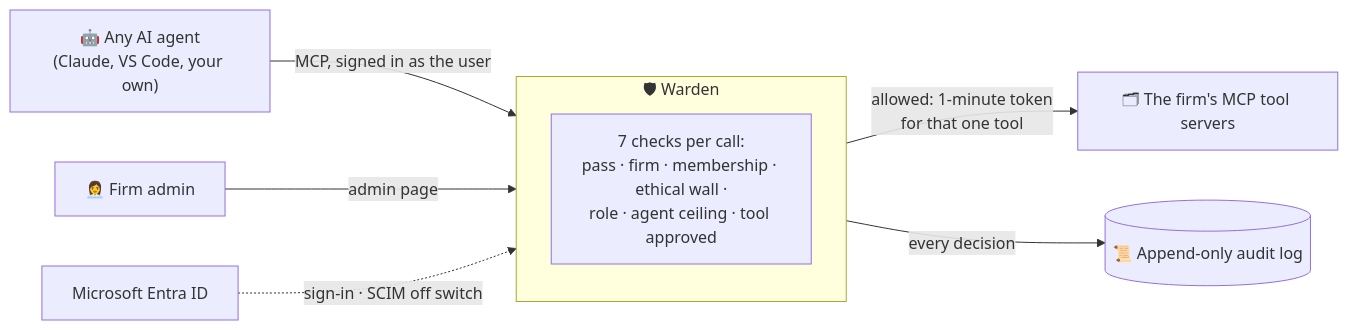
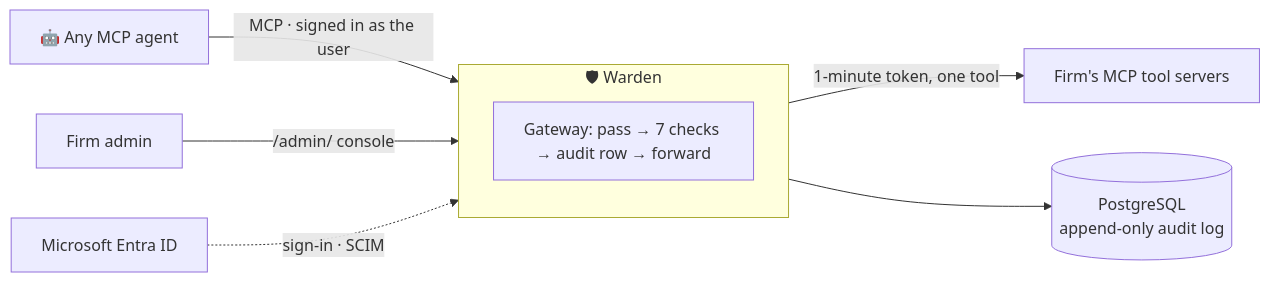
The first of 2 diagrams in warden/README.md (musishere/Warden-tickmark), drawn with Mermaid before and after one commit. The commit also changed other lines of this file and 63 other files, not shown here.

First line of the commit message:
Add favicon and update admin page structure

````diff
--- a/warden/README.md
+++ b/warden/README.md
@@ -36,12 +188,12 @@
 ```mermaid
 flowchart LR
-    A["🤖 Any AI agent<br/>(Claude, VS Code, your own)"] -->|"MCP, signed in as the user"| W
+    A["🤖 Any MCP agent"] -->|"MCP · signed in as the user"| W
     subgraph W["🛡 Warden"]
         direction TB
-        C["7 checks per call:<br/>pass · firm · membership · ethical wall ·<br/>role · agent ceiling · tool approved"]
+        G["Gateway: pass → 7 checks → audit row → forward"]
     end
-    W -->|"allowed: 1-minute token<br/>for that one tool"| T["🗂 The firm's MCP tool servers"]
-    W -->|"every decision"| L[("📜 Append-only audit log")]
-    Admin["👩‍💼 Firm admin"] -->|"admin page"| W
-    IdP["Microsoft Entra ID"] -.->|"sign-in · SCIM off switch"| W
+    W -->|"1-minute token, one tool"| T["Firm's MCP tool servers"]
+    W --> L[("PostgreSQL<br/>append-only audit log")]
+    Admin["Firm admin"] -->|"/admin/ console"| W
+    E["Microsoft Entra ID"] -.->|"sign-in · SCIM"| W
 ```
````
